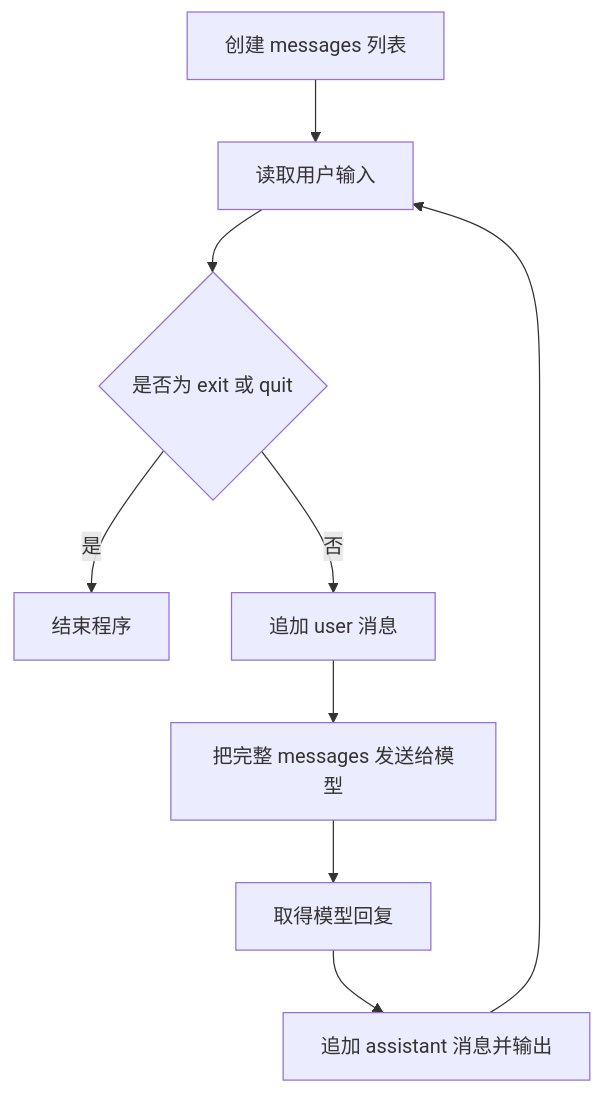
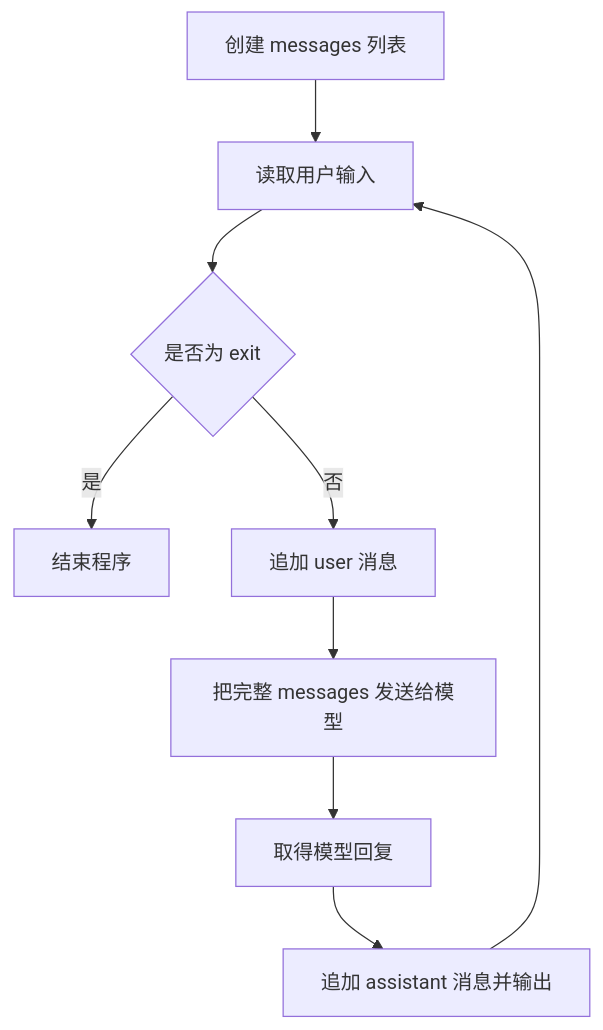
The diagram in Chapter 2 带有记忆的问答/带有记忆的问答.md (clarencez1011/agentfromzero), drawn with Mermaid before and after one commit. The commit also changed other lines of this file, not shown here.

````diff
--- a/Chapter 2 带有记忆的问答/带有记忆的问答.md
+++ b/Chapter 2 带有记忆的问答/带有记忆的问答.md
@@ -141,11 +143,11 @@
 ```mermaid
 flowchart TD
     A[创建 messages 列表] --> B[读取用户输入]
-    B --> C{是否为 exit 或 quit}
+    B --> C{是否为 exit}
     C -- 是 --> H[结束程序]
     C -- 否 --> D[追加 user 消息]
     D --> E[把完整 messages 发送给模型]
     E --> F[取得模型回复]
     F --> G[追加 assistant 消息并输出]
     G --> B
 ```
````
